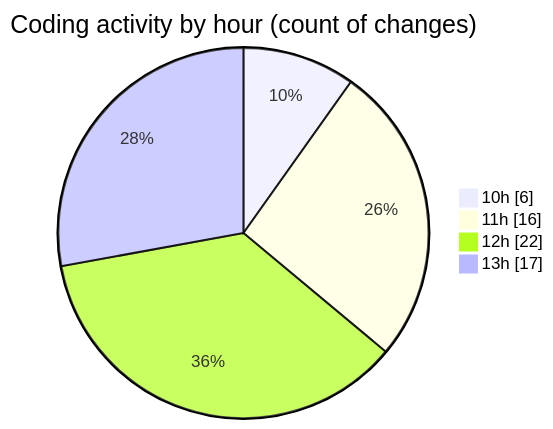
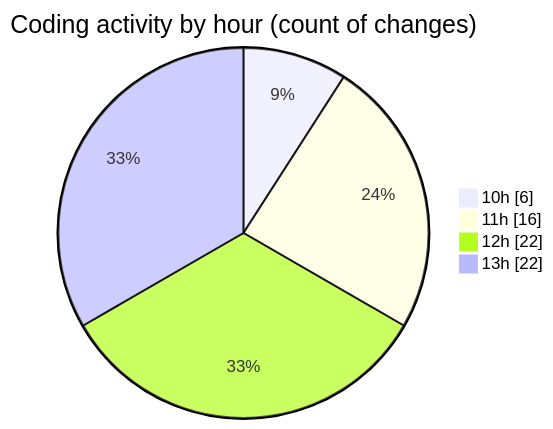
The second of 2 diagrams in 2025-09-08/cda/README.md (momahboobian/code-tracking), drawn with Mermaid before and after one commit. The commit also changed other lines of this file and 1 other file, not shown here.

````diff
--- a/2025-09-08/cda/README.md
+++ b/2025-09-08/cda/README.md
@@ -35,8 +35,8 @@
 ```mermaid
 pie showData
 title Coding activity by hour (count of changes)
 "10h" : 6
 "11h" : 16
 "12h" : 22
-"13h" : 17
+"13h" : 22
 ```
````
